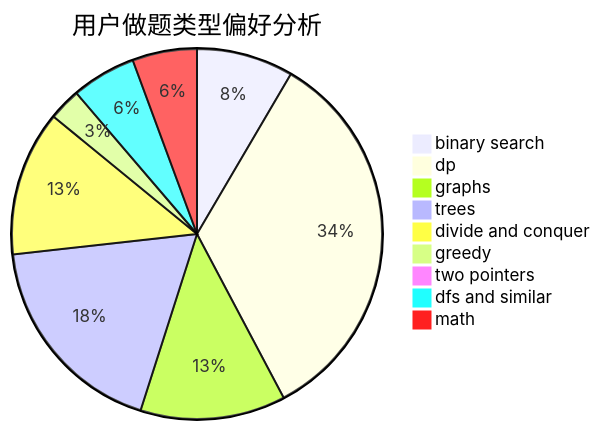
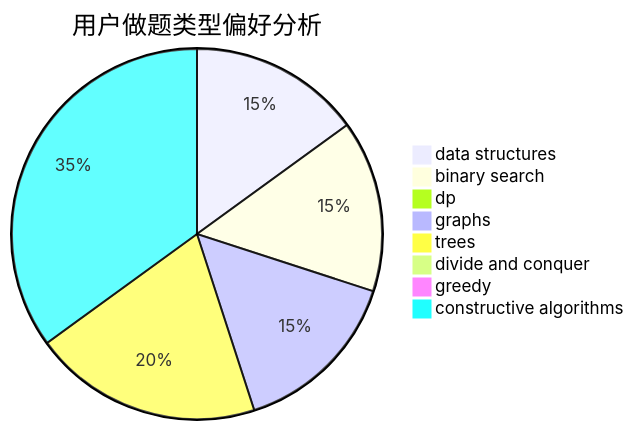
One commit to sherpahu/cfrs.github.io changed the second of 3 diagrams in docs/user/u324.md. Above: the diagram before and after it, drawn with Mermaid. The commit also changed other lines of this file and 2775 other files, not shown here.

````diff
--- a/docs/user/u324.md
+++ b/docs/user/u324.md
@@ -23,12 +23,11 @@
 ```mermaid
 pie title 用户做题类型偏好分析
-    "binary search" :  6
-    "dp" :  24
-    "graphs" :  9
-    "trees" :  13
-    "divide and conquer" :  9
-    "greedy" :  2
-    "two pointers" :  0
-    "dfs and similar" :  4
-    "math" :  4
+    "data structures" :  3
+    "binary search" :  3
+    "dp" :  0
+    "graphs" :  3
+    "trees" :  4
+    "divide and conquer" :  0
+    "greedy" :  0
+    "constructive algorithms" :  7
 ```
````
